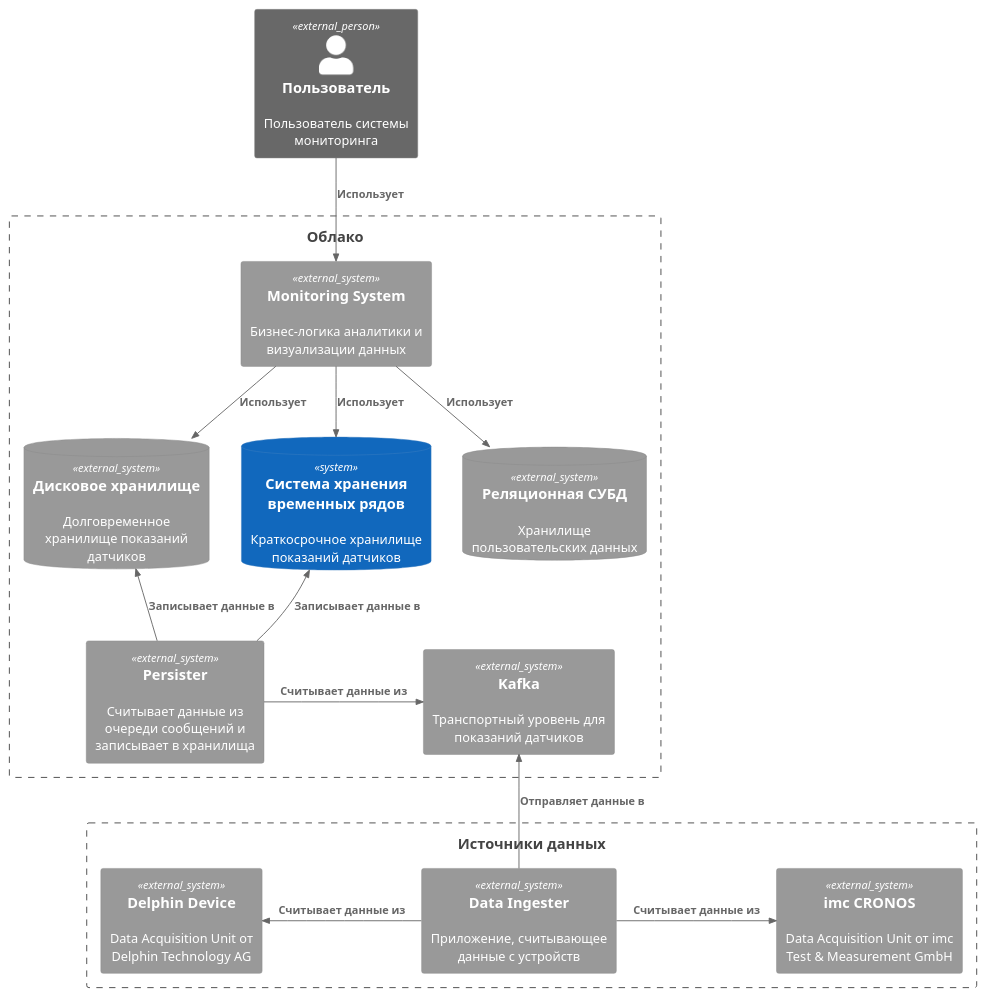
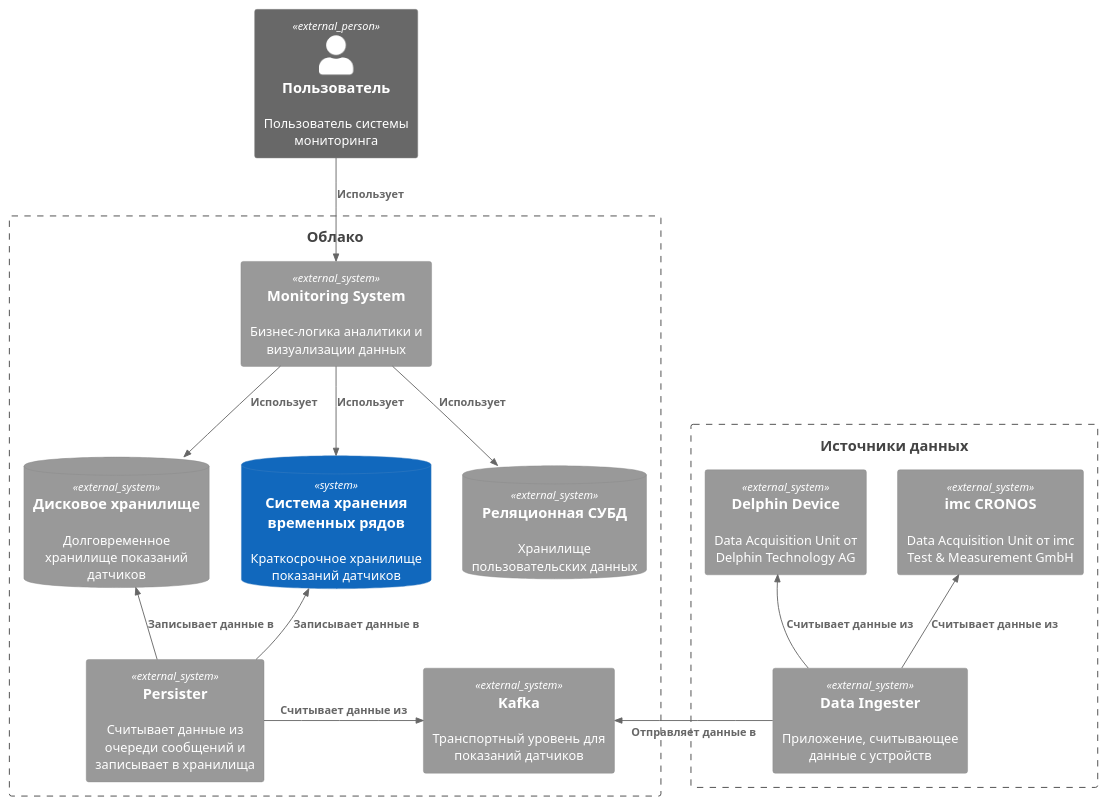
Before and after one commit to nikita-tomilov/gotsdb: the diagram in architecture-diagrams/monitoring-in-cloud.puml, drawn with PlantUML.

Commit message:
diagrams: minor fix to monitoring-in-cloud

```diff
--- a/architecture-diagrams/monitoring-in-cloud.puml
+++ b/architecture-diagrams/monitoring-in-cloud.puml
@@ -1,42 +1,42 @@
 @startuml
 !include https://raw.githubusercontent.com/plantuml-stdlib/C4-PlantUML/master/C4_Container.puml
 !include https://raw.githubusercontent.com/plantuml-stdlib/C4-PlantUML/master/C4_Component.puml
 
 Person_Ext(user, "Пользователь", "Пользователь системы мониторинга")
 
 Boundary(cloud, "Облако") {
     SystemDb_Ext(cloud_sql_db, "Реляционная СУБД", "Хранилище пользовательских данных", "")
     SystemDb(cloud_tsdb, "Система хранения временных рядов", "Краткосрочное хранилище показаний датчиков", "")
     SystemDb_Ext(cloud_dcdats, "Дисковое хранилище", "Долговременное хранилище показаний датчиков", "")
 
     System_Ext(kafka, "Kafka", "Транспортный уровень для показаний датчиков")
     System_Ext(rp, "Persister", "Считывает данные из очереди сообщений и записывает в хранилища", "")
     System_Ext(elv, "Monitoring System", "Бизнес-логика аналитики и визуализации данных", "")
 }
 
 Rel_Down(user, elv, "Использует", "")
 Rel_Down(elv, cloud_sql_db, "Использует", "")
 Rel_Down(elv, cloud_tsdb, "Использует", "")
 Rel_Down(elv, cloud_dcdats, "Использует", "")
 
 Rel_Right(rp, kafka, "Считывает данные из")
 Rel_Up(rp, cloud_tsdb, "Записывает данные в")
 Rel_Up(rp, cloud_dcdats, "Записывает данные в")
 
 Boundary(datasources, "Источники данных") {
     System_Ext(ds11, "Delphin Device", "Data Acquisition Unit от Delphin Technology AG")
     System_Ext(ds12, "imc CRONOS", "Data Acquisition Unit от imc Test & Measurement GmbH")
 '    System_Ext(ds21, "Argus Controller", "Data Acquisition Unit от Argus Control Systems Ltd")
 '    System_Ext(ds22, "EDAS-1031", "Data Acquisition Unit от Intelligent Instrumentation LLC")
     System_Ext(sdi, "Data Ingester", "Приложение, считывающее данные с устройств")
 }
 
-Rel_Up(sdi, kafka, "Отправляет данные в")
+Rel_Left(sdi, kafka, "Отправляет данные в")
 
-Rel_Left(sdi, ds11, "Считывает данные из", "")
-Rel_Right(sdi, ds12, "Считывает данные из", "")
+Rel_Up(sdi, ds11, "Считывает данные из", "")
+Rel_Up(sdi, ds12, "Считывает данные из", "")
 ' Rel(sdi, ds21, "Считывает данные из", "")
 ' Rel(sdi, ds22, "Считывает данные из", "")
 
 
 @enduml
```
